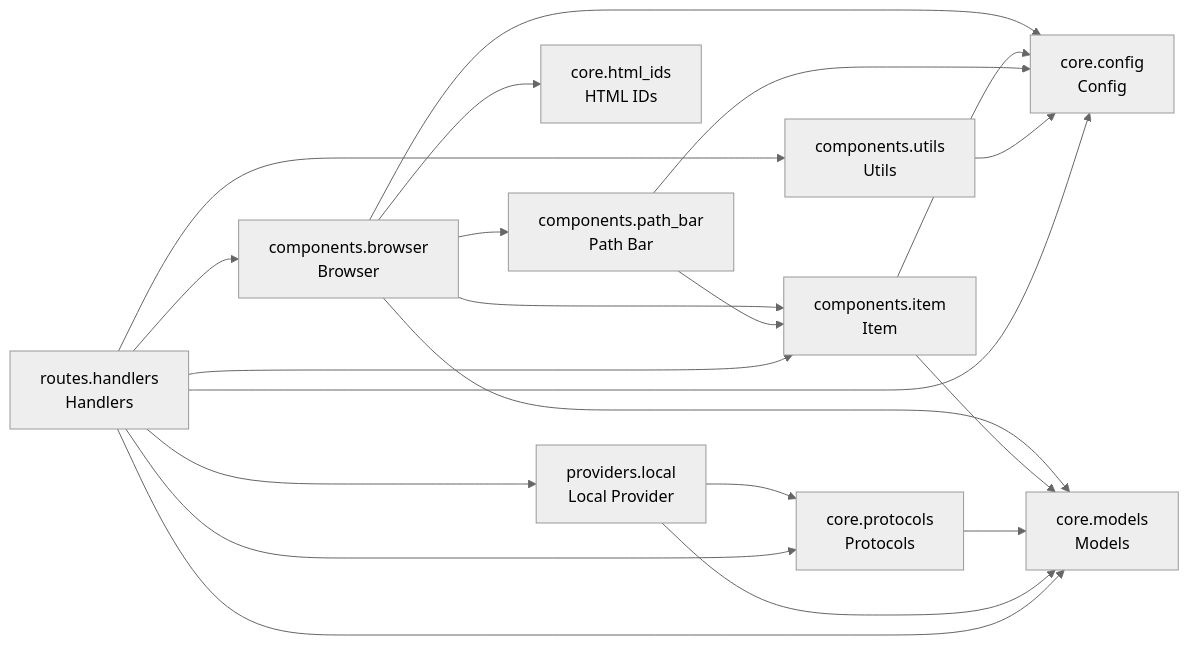
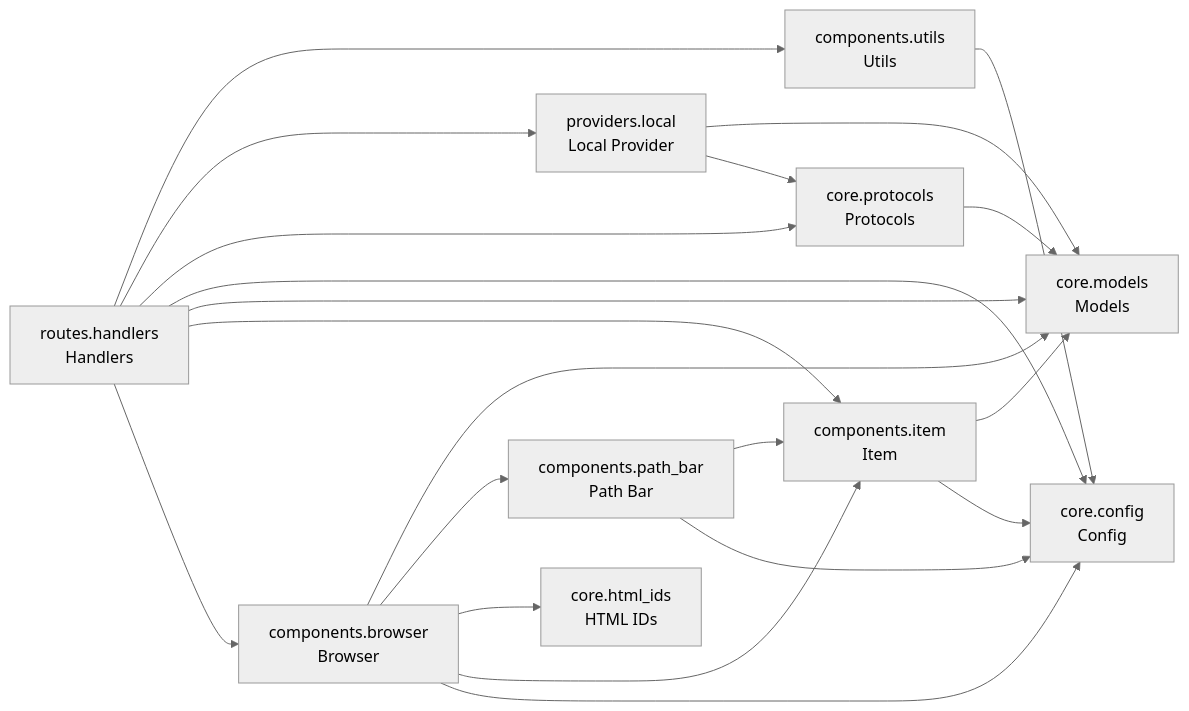
The diagram in README.md (cj-mills/cjm-fasthtml-file-browser), drawn with Mermaid (neutral theme) before and after one commit. The commit also changed other lines of this file and 6 other files, not shown here.

````diff
--- a/README.md
+++ b/README.md
@@ -34,34 +34,34 @@
 ``` mermaid
 graph LR
     components_browser[components.browser<br/>Browser]
     components_item[components.item<br/>Item]
     components_path_bar[components.path_bar<br/>Path Bar]
     components_utils[components.utils<br/>Utils]
     core_config[core.config<br/>Config]
     core_html_ids[core.html_ids<br/>HTML IDs]
     core_models[core.models<br/>Models]
     core_protocols[core.protocols<br/>Protocols]
     providers_local[providers.local<br/>Local Provider]
     routes_handlers[routes.handlers<br/>Handlers]
 
     components_browser --> core_models
-    components_browser --> core_config
-    components_browser --> components_item
     components_browser --> components_path_bar
     components_browser --> core_html_ids
+    components_browser --> components_item
+    components_browser --> core_config
+    components_item --> core_models
     components_item --> core_config
-    components_item --> core_models
+    components_path_bar --> components_item
     components_path_bar --> core_config
-    components_path_bar --> components_item
     components_utils --> core_config
     core_protocols --> core_models
     providers_local --> core_models
     providers_local --> core_protocols
-    routes_handlers --> core_config
-    routes_handlers --> components_browser
     routes_handlers --> components_utils
     routes_handlers --> providers_local
     routes_handlers --> core_protocols
+    routes_handlers --> core_config
     routes_handlers --> core_models
     routes_handlers --> components_item
+    routes_handlers --> components_browser
 ```
````
